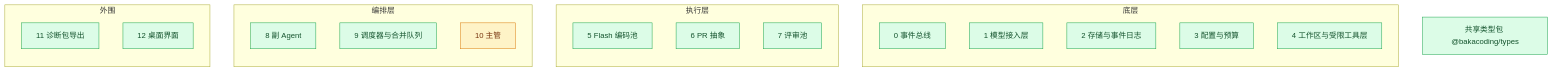
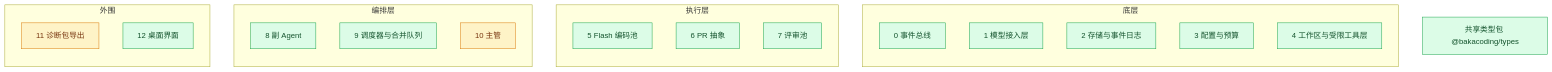
One commit to Akarin7784/BakaCoding changed the diagram in docs/progress.md. Above: the diagram before and after it, drawn with Mermaid. The commit also changed other lines of this file, not shown here.

Commit message:
T-060: progress 加 T-060 一行，模块 11 标为进行中

````diff
--- a/docs/progress.md
+++ b/docs/progress.md
@@ -11,32 +11,32 @@
 ```mermaid
 flowchart BT
   subgraph 底层
     M0[0 事件总线]
     M1[1 模型接入层]
     M2[2 存储与事件日志]
     M3[3 配置与预算]
     M4[4 工作区与受限工具层]
   end
   subgraph 执行层
     M5[5 Flash 编码池]
     M6[6 PR 抽象]
     M7[7 评审池]
   end
   subgraph 编排层
     M8[8 副 Agent]
     M9[9 调度器与合并队列]
     M10[10 主管]
   end
   subgraph 外围
     M11[11 诊断包导出]
     M12[12 桌面界面]
   end
   T[共享类型包 @bakacoding/types]
 
   classDef todo fill:#f1f5f9,stroke:#94a3b8,color:#334155
   classDef doing fill:#fef3c7,stroke:#d97706,color:#78350f
   classDef done fill:#dcfce7,stroke:#16a34a,color:#14532d
 
-  class M0,M1,M2,M3,M4,M5,M6,M7,M8,M9,M11,M12,T done
-  class M10 doing
+  class M0,M1,M2,M3,M4,M5,M6,M7,M8,M9,M12,T done
+  class M10,M11 doing
 ```
````
